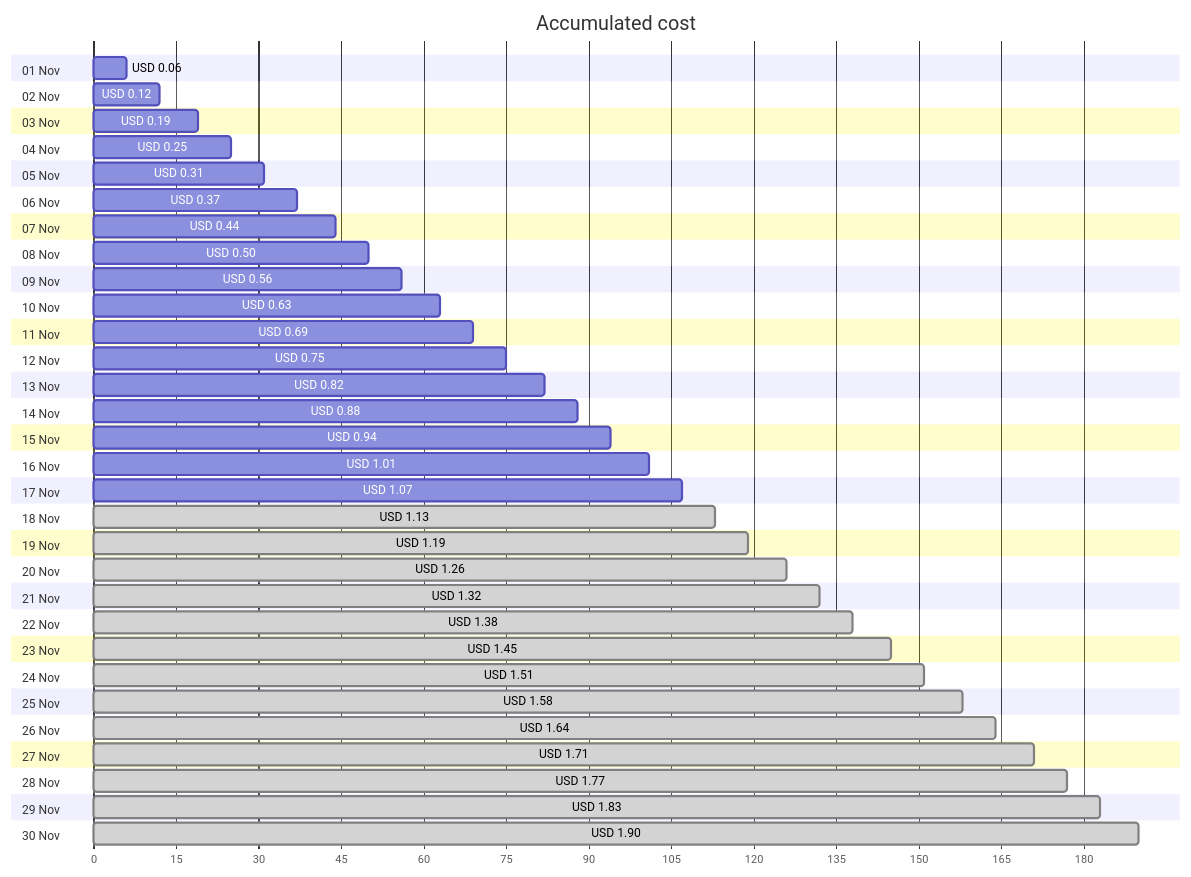
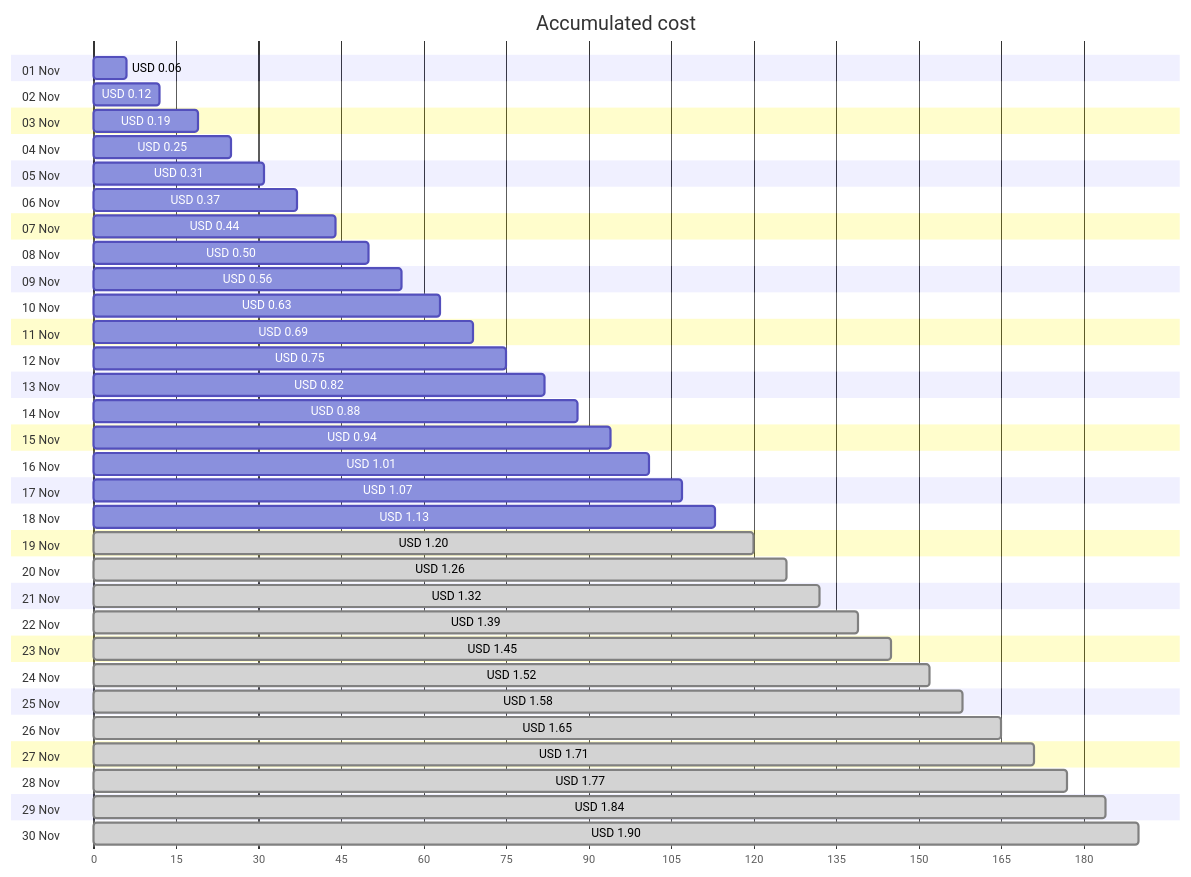
Before and after one commit to jpfulton/azure-personal-reports: the first of 4 diagrams in cost-reports/personal-network/backup-server_OsDisk.md, drawn with Mermaid. The commit also changed other lines of this file and 8 other files, not shown here.

````diff
--- a/cost-reports/personal-network/backup-server_OsDisk.md
+++ b/cost-reports/personal-network/backup-server_OsDisk.md
@@ -20,66 +20,66 @@
 ```mermaid
 gantt
    title Accumulated cost
    dateFormat  X
    axisFormat %s
    section 01 Nov
    USD 0.06 :0, 6
    section 02 Nov
    USD 0.12 :0, 12
    section 03 Nov
    USD 0.19 :0, 19
    section 04 Nov
    USD 0.25 :0, 25
    section 05 Nov
    USD 0.31 :0, 31
    section 06 Nov
    USD 0.37 :0, 37
    section 07 Nov
    USD 0.44 :0, 44
    section 08 Nov
    USD 0.50 :0, 50
    section 09 Nov
    USD 0.56 :0, 56
    section 10 Nov
    USD 0.63 :0, 63
    section 11 Nov
    USD 0.69 :0, 69
    section 12 Nov
    USD 0.75 :0, 75
    section 13 Nov
    USD 0.82 :0, 82
    section 14 Nov
    USD 0.88 :0, 88
    section 15 Nov
    USD 0.94 :0, 94
    section 16 Nov
    USD 1.01 :0, 101
    section 17 Nov
    USD 1.07 :0, 107
    section 18 Nov
-   USD 1.13 : done, 0, 113
+   USD 1.13 :0, 113
    section 19 Nov
-   USD 1.19 : done, 0, 119
+   USD 1.20 : done, 0, 120
    section 20 Nov
    USD 1.26 : done, 0, 126
    section 21 Nov
    USD 1.32 : done, 0, 132
    section 22 Nov
-   USD 1.38 : done, 0, 138
+   USD 1.39 : done, 0, 139
    section 23 Nov
    USD 1.45 : done, 0, 145
    section 24 Nov
-   USD 1.51 : done, 0, 151
+   USD 1.52 : done, 0, 152
    section 25 Nov
    USD 1.58 : done, 0, 158
    section 26 Nov
-   USD 1.64 : done, 0, 164
+   USD 1.65 : done, 0, 165
    section 27 Nov
    USD 1.71 : done, 0, 171
    section 28 Nov
    USD 1.77 : done, 0, 177
    section 29 Nov
-   USD 1.83 : done, 0, 183
+   USD 1.84 : done, 0, 184
    section 30 Nov
    USD 1.90 : done, 0, 190
 ```
````
